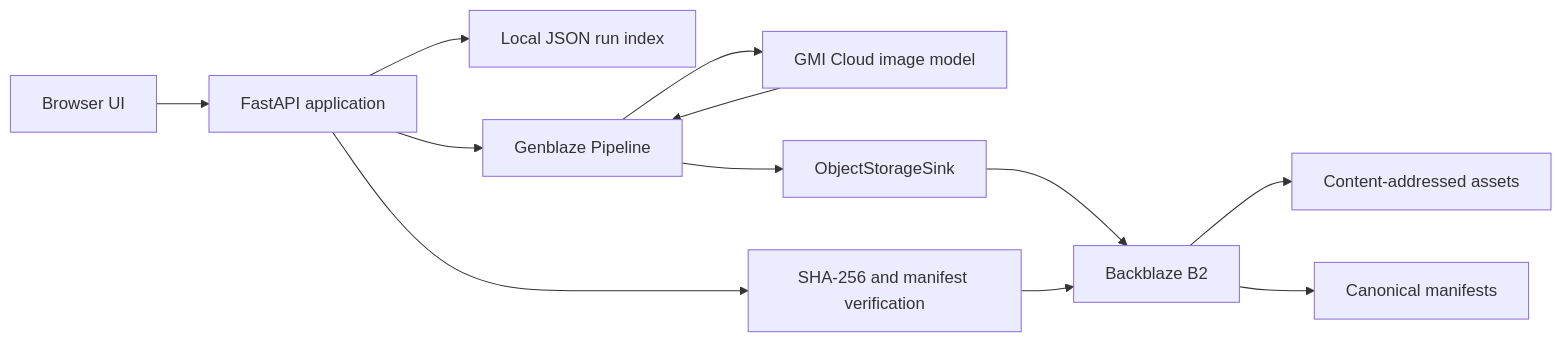
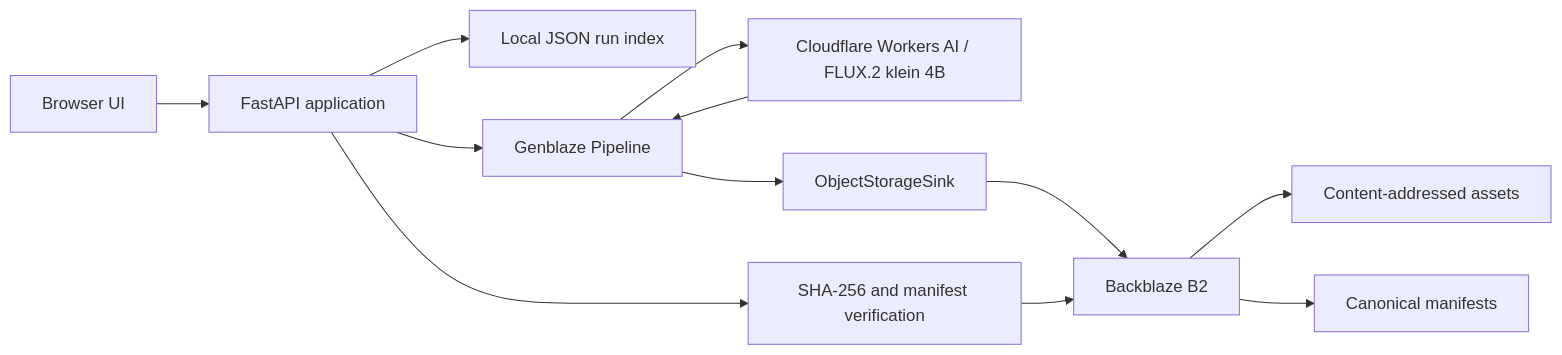
One commit to NikitaGavrilenko/backblaze-generative-media-2026 changed the diagram in README.md. Above: the diagram before and after it, drawn with Mermaid. The commit also changed other lines of this file and 15 other files, not shown here.

First line of the commit message:
Add free Cloudflare image generation (#3)

````diff
--- a/README.md
+++ b/README.md
@@ -35,14 +35,14 @@
 ```mermaid
 flowchart LR
     Browser["Browser UI"] --> API["FastAPI application"]
     API --> Repo["Local JSON run index"]
     API --> Pipeline["Genblaze Pipeline"]
-    Pipeline --> GMI["GMI Cloud image model"]
-    GMI --> Pipeline
+    Pipeline --> Cloudflare["Cloudflare Workers AI / FLUX.2 klein 4B"]
+    Cloudflare --> Pipeline
     Pipeline --> Sink["ObjectStorageSink"]
     Sink --> B2["Backblaze B2"]
     B2 --> Assets["Content-addressed assets"]
     B2 --> Manifests["Canonical manifests"]
     API --> Verify["SHA-256 and manifest verification"]
     Verify --> B2
 ```
````
